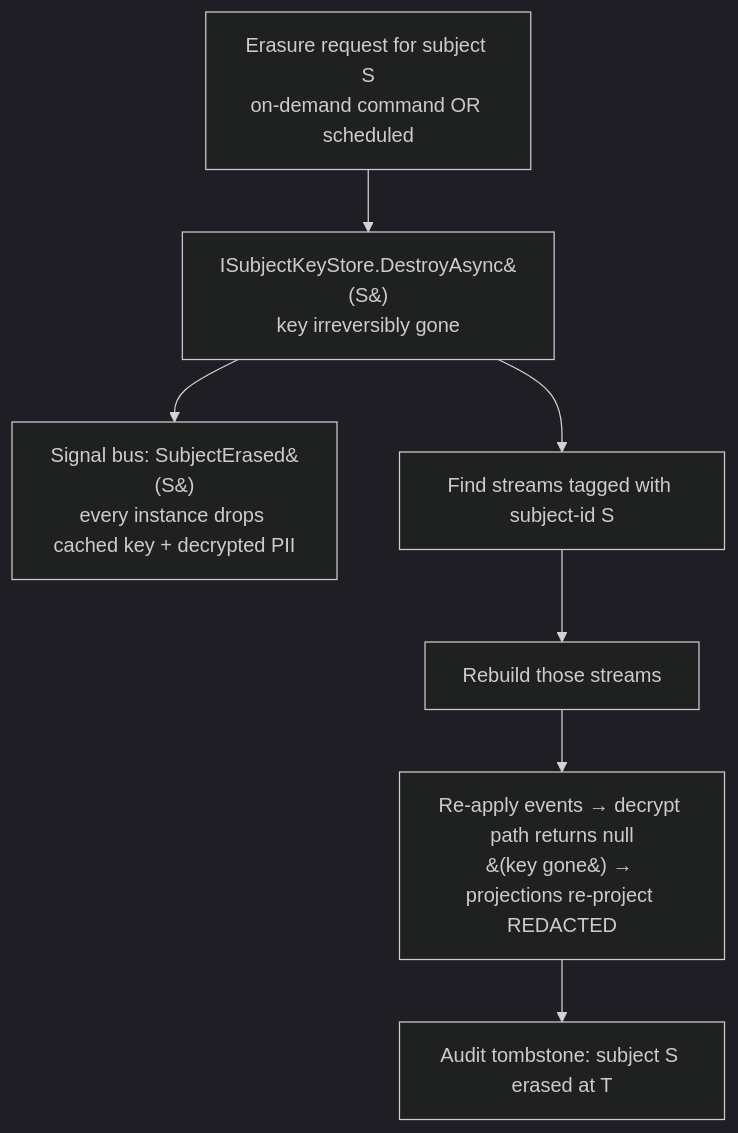
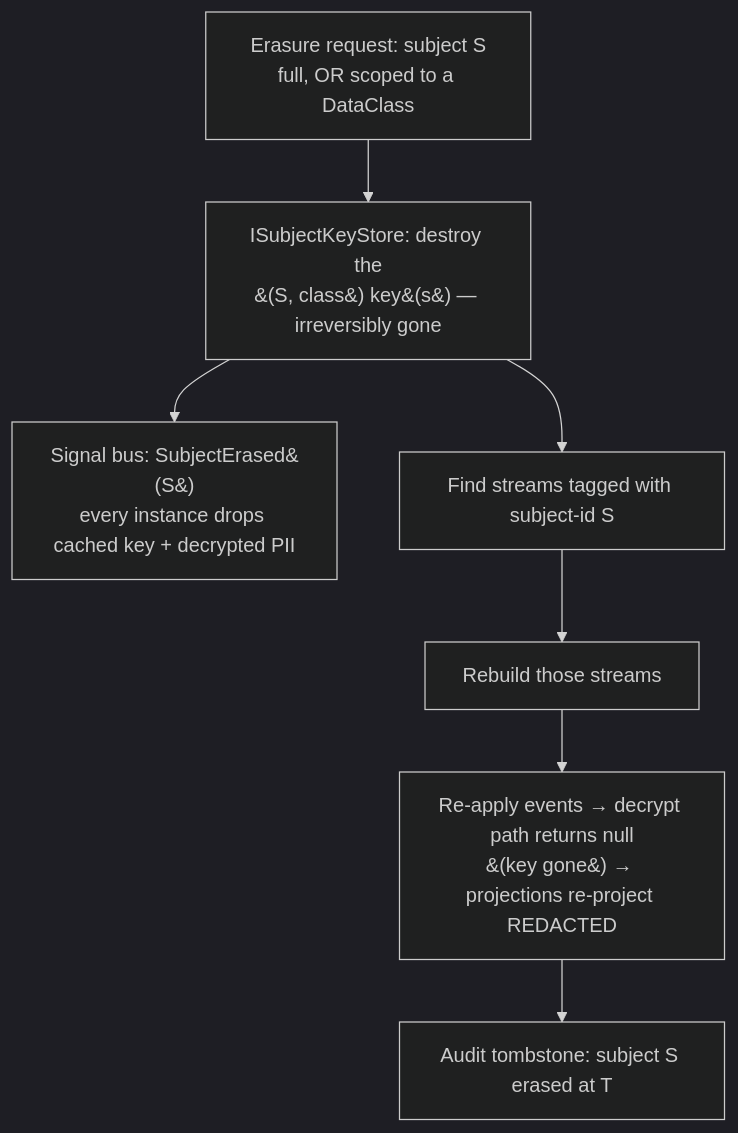
One commit to whizbang-lib/whizbang-lib.github.io changed the diagram in src/assets/docs/proposals/subject-data-protection.md. Above: the diagram before and after it, drawn with Mermaid (dark theme). The commit also changed other lines of this file, not shown here.

````diff
--- a/src/assets/docs/proposals/subject-data-protection.md
+++ b/src/assets/docs/proposals/subject-data-protection.md
@@ -103,9 +110,9 @@
 ```mermaid
 flowchart TD
-  A[Erasure request for subject S<br/>on-demand command OR scheduled] --> B[ISubjectKeyStore.DestroyAsync&#40;S&#41;<br/>key irreversibly gone]
+  A[Erasure request: subject S<br/>full, OR scoped to a DataClass] --> B[ISubjectKeyStore: destroy the<br/>&#40;S, class&#41; key&#40;s&#41; — irreversibly gone]
   B --> C[Signal bus: SubjectErased&#40;S&#41;<br/>every instance drops cached key + decrypted PII]
   B --> D[Find streams tagged with subject-id S]
   D --> E[Rebuild those streams]
   E --> F[Re-apply events → decrypt path returns null<br/>&#40;key gone&#41; → projections re-project REDACTED]
   F --> G[Audit tombstone: subject S erased at T]
 ```
````
